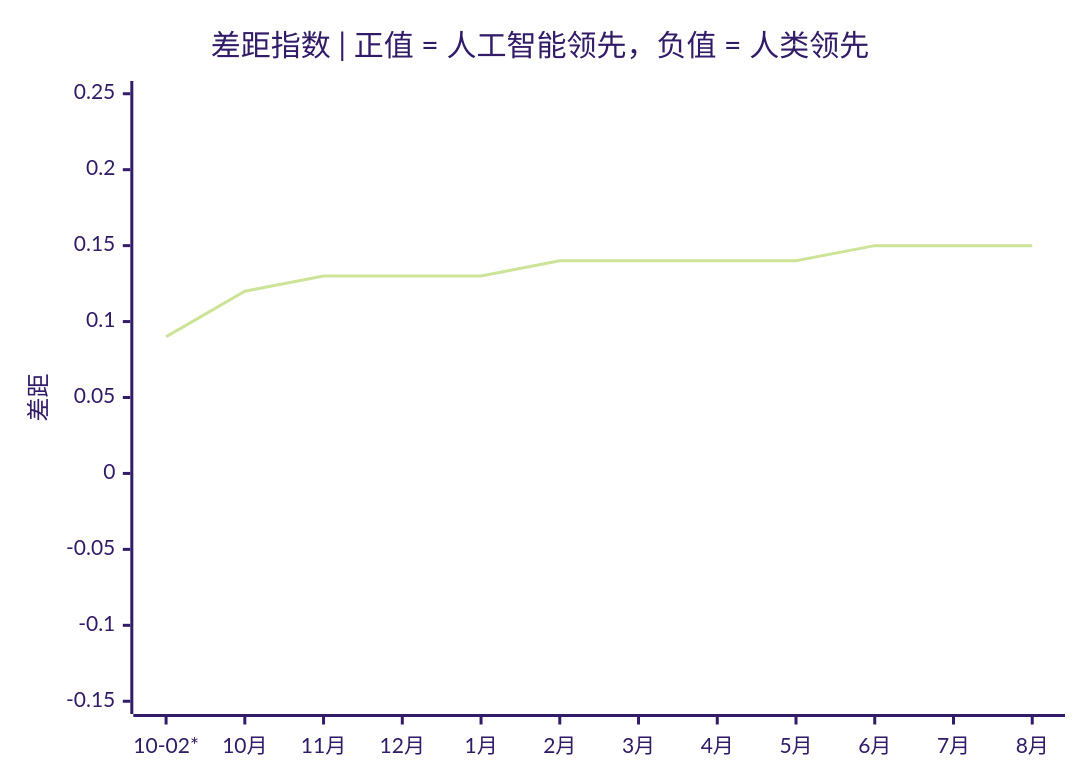
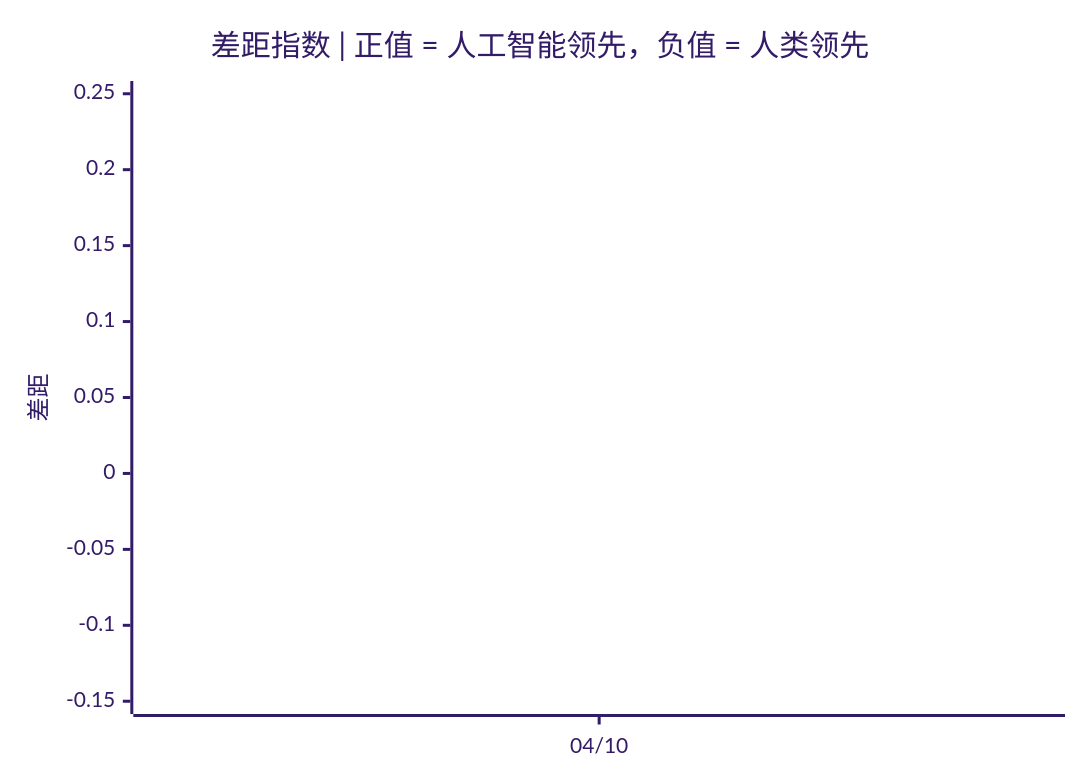
Before and after one commit to VQQLK/Human-AI-Monitor: the second of 2 diagrams in README.zh.md, drawn with Mermaid (forest theme). The commit also changed other lines of this file and 4 other files, not shown here.

First line of the commit message:
feat(readme): history-based charts + /gap-history endpoint (#27)

````diff
--- a/README.zh.md
+++ b/README.zh.md
@@ -45,7 +44,7 @@
 ```mermaid
 xychart-beta
     title "差距指数 | 正值 = 人工智能领先，负值 = 人类领先"
-    x-axis ["10-02*", "10月", "11月", "12月", "1月", "2月", "3月", "4月", "5月", "6月", "7月", "8月"]
+    x-axis ["04/10"]
     y-axis "差距" -0.15 --> 0.25
-    line [0.09, 0.12, 0.13, 0.13, 0.13, 0.14, 0.14, 0.14, 0.14, 0.15, 0.15, 0.15]
+    line [0.09]
 ```
````
